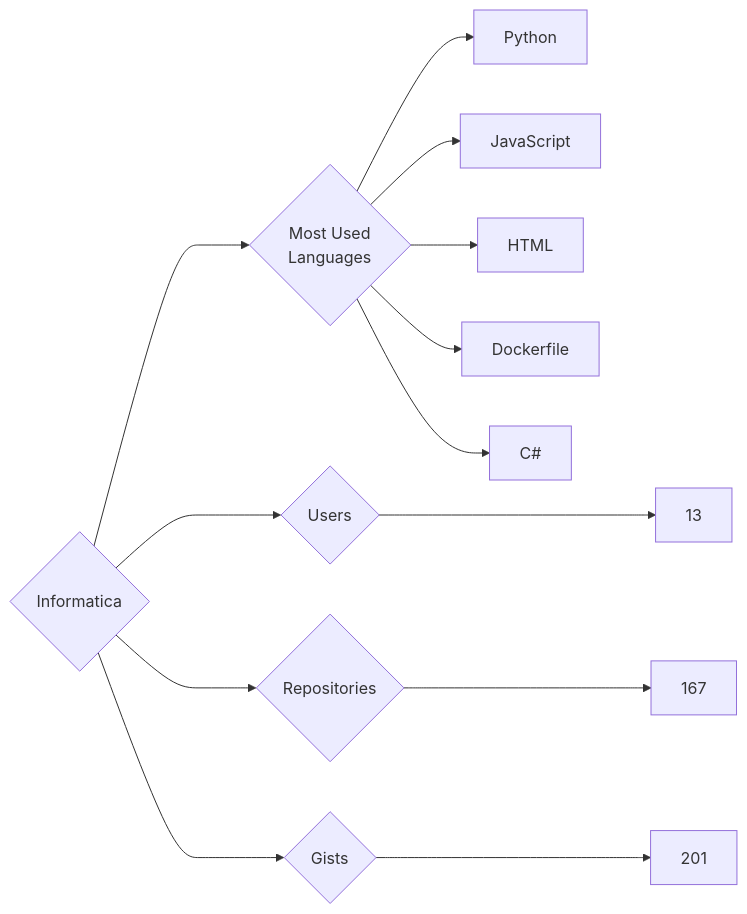
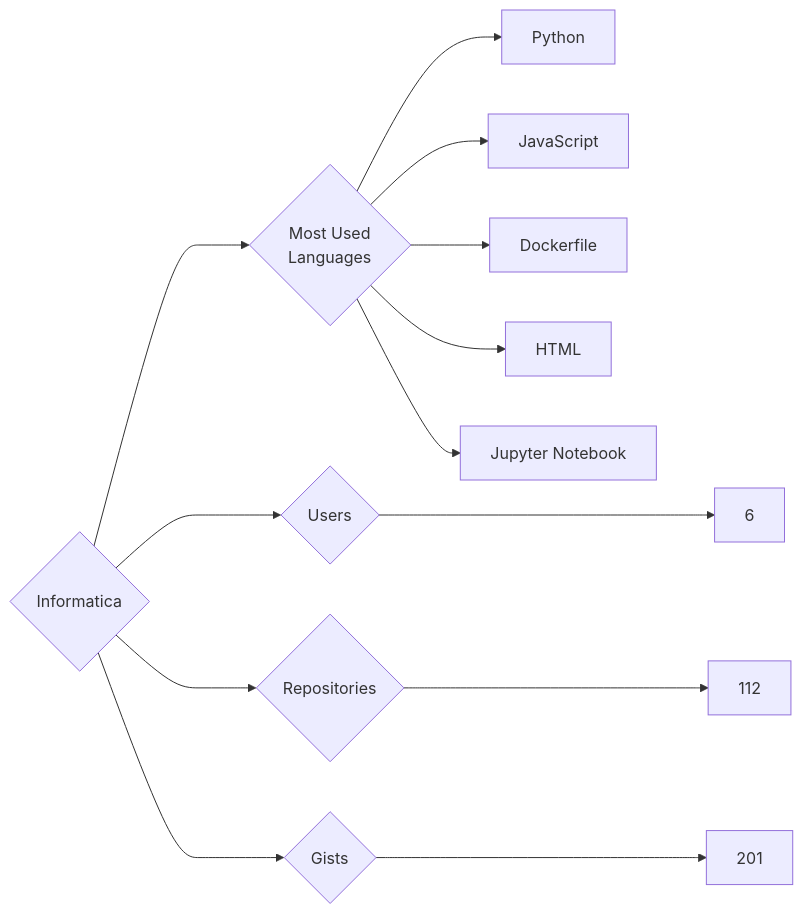
One commit to trickest/insiders changed the diagram in targets/Informatica/README.md. Above: the diagram before and after it, drawn with Mermaid. The commit also changed 679 other files, not shown here.

````diff
--- a/targets/Informatica/README.md
+++ b/targets/Informatica/README.md
@@ -3,13 +3,13 @@
 ```mermaid
 graph LR
 COMPANY_NAME{Informatica}
-COMPANY_NAME ---> U{Users} ---> UN[13]
-COMPANY_NAME ---> R{Repositories} ---> RN[167]
+COMPANY_NAME ---> U{Users} ---> UN[6]
+COMPANY_NAME ---> R{Repositories} ---> RN[112]
 COMPANY_NAME ---> G{Gists} ---> GN[201]
 COMPANY_NAME ---> ML{Most Used<br>Languages}
 ML --> Python[Python]
 ML --> JavaScript[JavaScript]
+ML --> Dockerfile[Dockerfile]
 ML --> HTML[HTML]
-ML --> Dockerfile[Dockerfile]
-ML --> C#[C#]
+ML --> Jupyter_Notebook[Jupyter Notebook]
 ```
````
